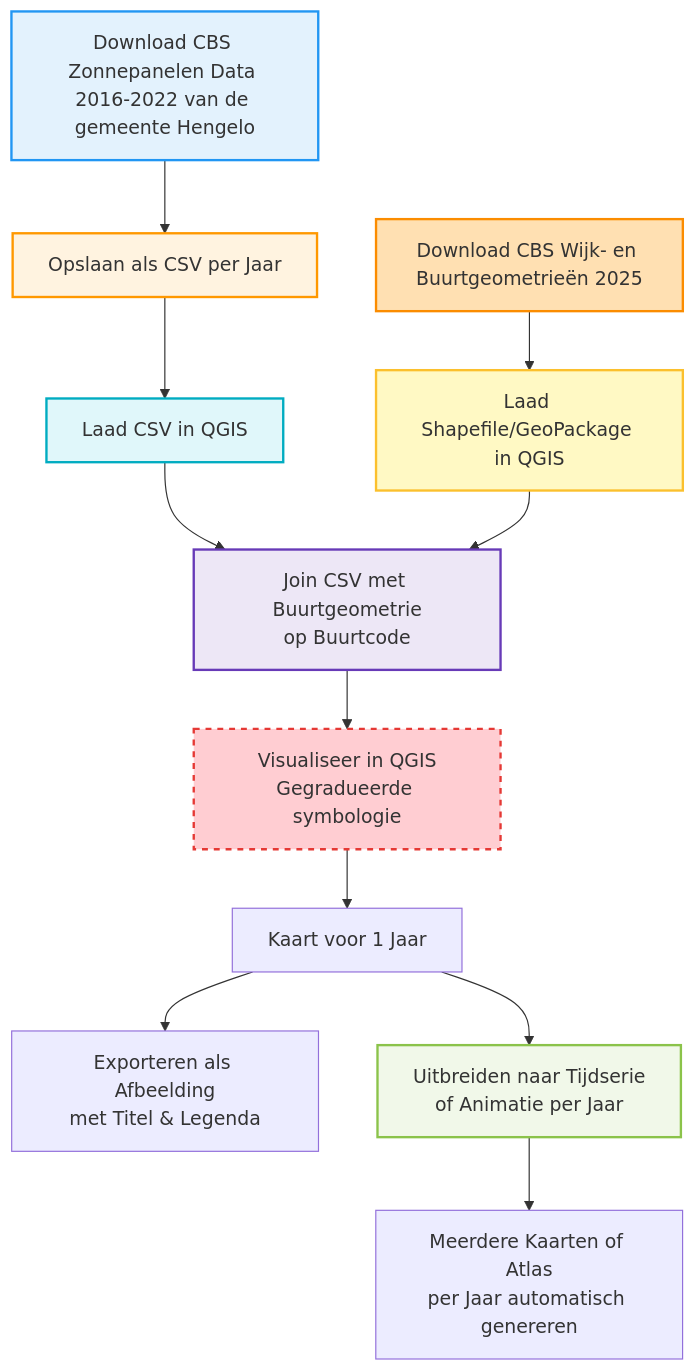
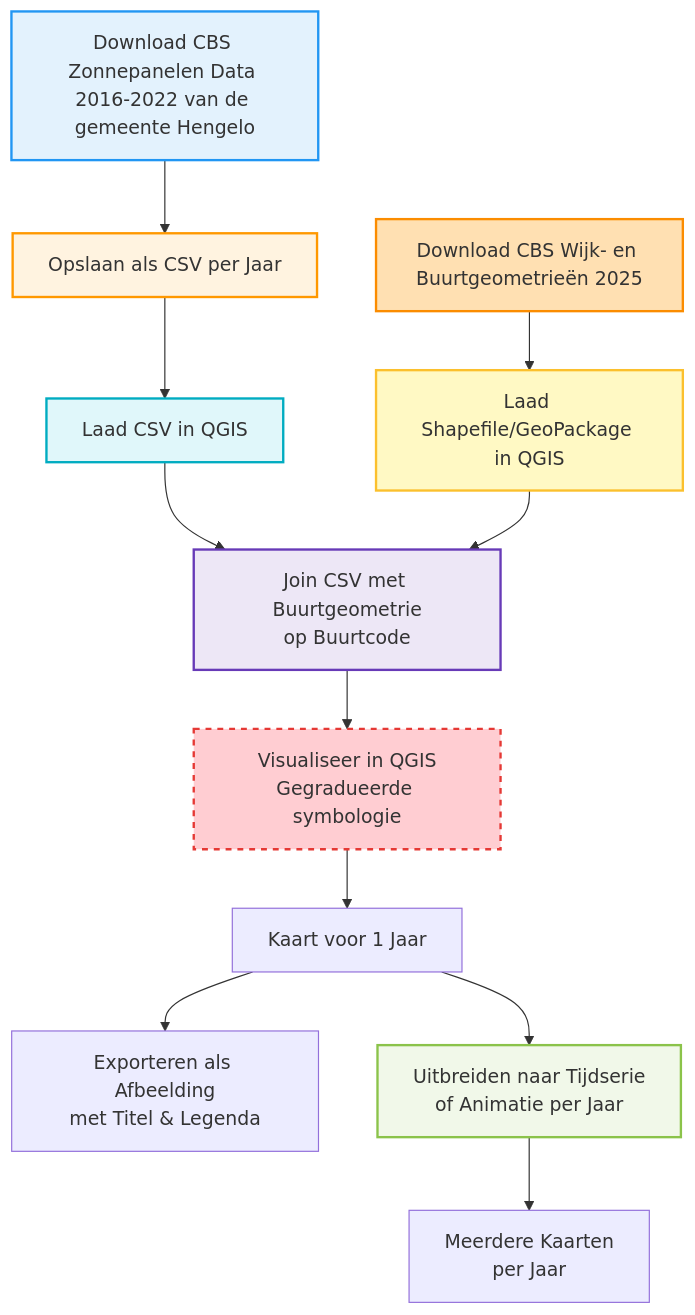
The diagram in docs/projects/zonnepanelen.md (ConnieVeer/connieveer), drawn with Mermaid before and after one commit. The commit also changed other lines of this file, not shown here.

```diff
--- a/docs/projects/zonnepanelen.md
+++ b/docs/projects/zonnepanelen.md
@@ -39,29 +39,29 @@
 <pre class="mermaid">
 flowchart TD
     A[Download CBS Zonnepanelen Data 2016-2022 van de gemeente Hengelo] --> C[Opslaan als CSV per Jaar]
 
     D[Download CBS Wijk- en Buurtgeometrieën 2025] --> E[Laad Shapefile/GeoPackage in QGIS]
     C --> F[Laad CSV in QGIS]
 
     F --> G[Join CSV met Buurtgeometrie<br>op Buurtcode]
     E --> G
 
     G --> H[Visualiseer in QGIS<br>Gegradueerde symbologie]
     H --> I[Kaart voor 1 Jaar]
 
     I --> J[Exporteren als Afbeelding<br>met Titel & Legenda]
 
     %% Verbetering naar meerdere jaren
     I --> K[Uitbreiden naar Tijdserie<br>of Animatie per Jaar]
-    K --> L[Meerdere Kaarten of Atlas<br>per Jaar automatisch genereren]
+    K --> L[Meerdere Kaarten <br>per Jaar]
   
 
     style A fill:#e3f2fd,stroke:#2196f3,stroke-width:2px
     style K fill:#f1f8e9,stroke:#8bc34a,stroke-width:2px
     style C fill:#fff3e0,stroke:#ff9800,stroke-width:2px
     style D fill:#ffe0b2,stroke:#fb8c00,stroke-width:2px
     style E fill:#fff9c4,stroke:#fbc02d,stroke-width:2px
     style F fill:#e0f7fa,stroke:#00acc1,stroke-width:2px
     style G fill:#ede7f6,stroke:#673ab7,stroke-width:2px
     style H fill:#ffcdd2,stroke:#e53935,stroke-width:2px,stroke-dasharray: 5 5
 </pre>
```
